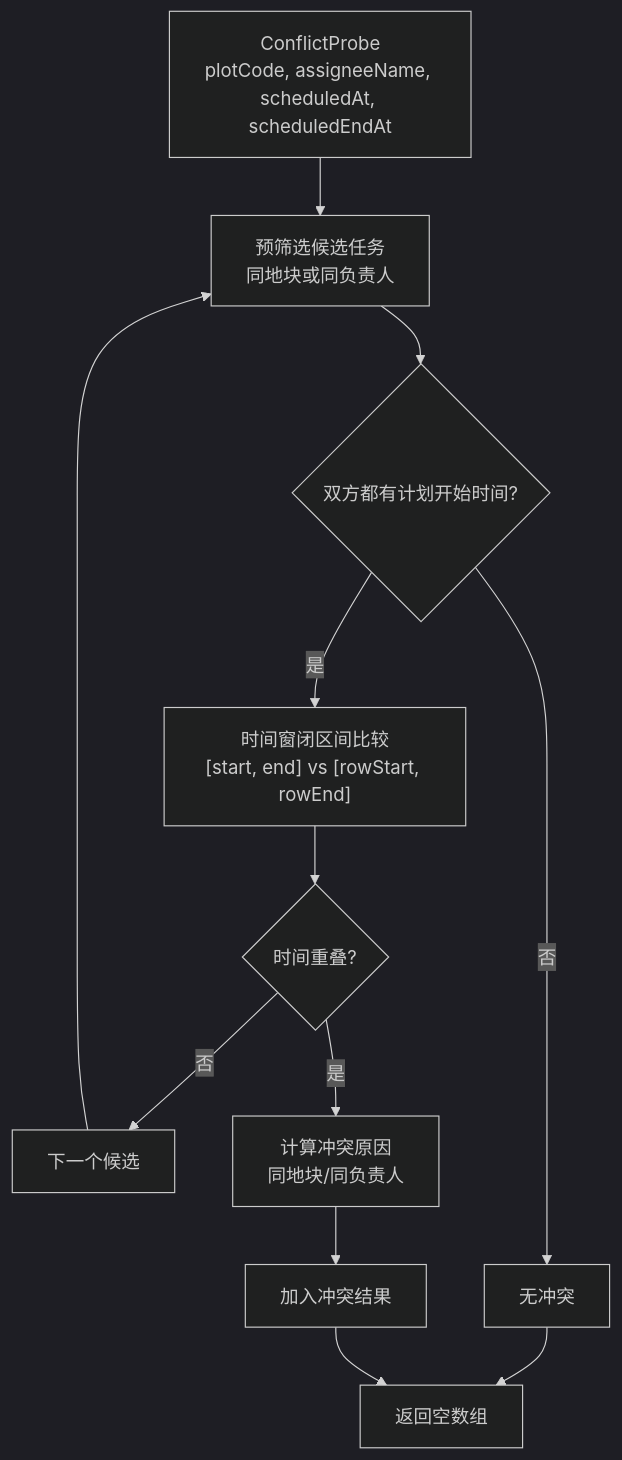
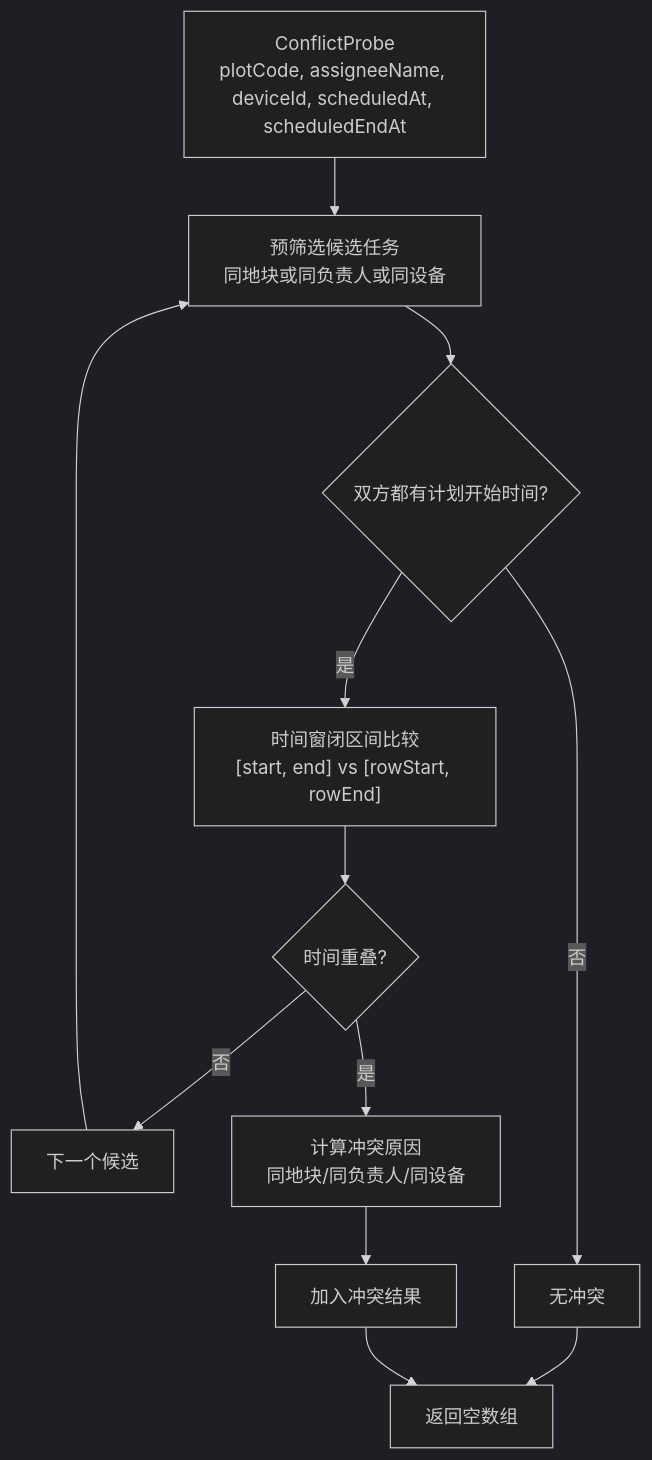
Before and after one commit to q446328246/agri-platform: the fifth of 14 diagrams in .qoder/repowiki/zh/content/核心服务文档/作业服务/作业服务.md, drawn with Mermaid (dark theme). The commit also changed other lines of this file and 47 other files, not shown here.

````diff
--- a/.qoder/repowiki/zh/content/核心服务文档/作业服务/作业服务.md
+++ b/.qoder/repowiki/zh/content/核心服务文档/作业服务/作业服务.md
@@ -378,14 +387,14 @@
 ```mermaid
 flowchart TD
-Probe["ConflictProbe<br/>plotCode, assigneeName, scheduledAt, scheduledEndAt"] --> Filter["预筛选候选任务<br/>同地块或同负责人"]
+Probe["ConflictProbe<br/>plotCode, assigneeName, deviceId, scheduledAt, scheduledEndAt"] --> Filter["预筛选候选任务<br/>同地块或同负责人或同设备"]
 Filter --> TimeCheck{"双方都有计划开始时间?"}
 TimeCheck --> |否| NoConflict["无冲突"]
 TimeCheck --> |是| Compare["时间窗闭区间比较<br/>[start, end] vs [rowStart, rowEnd]"]
 Compare --> Overlap{"时间重叠?"}
 Overlap --> |否| Next["下一个候选"]
-Overlap --> |是| Reasons["计算冲突原因<br/>同地块/同负责人"]
+Overlap --> |是| Reasons["计算冲突原因<br/>同地块/同负责人/同设备"]
 Reasons --> Result["加入冲突结果"]
 Next --> Filter
 NoConflict --> End["返回空数组"]
 Result --> End
 ```
````
